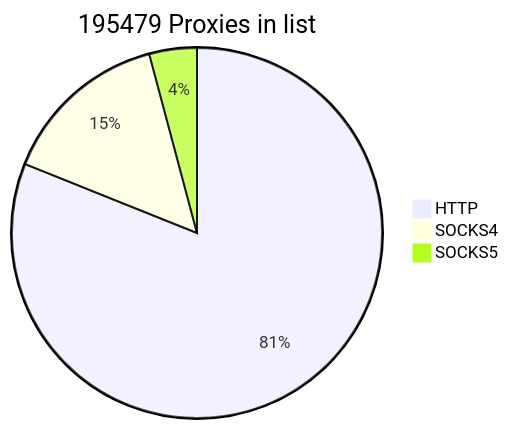
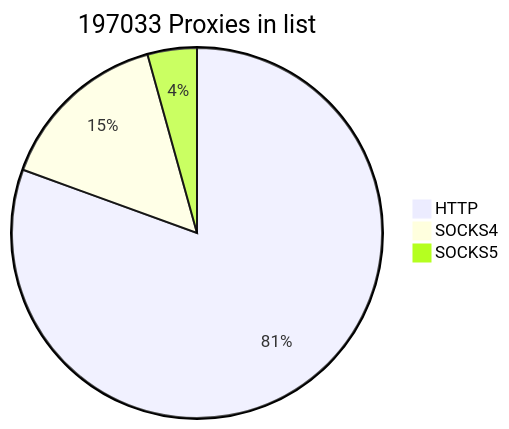
One commit to cutipu/proxylist changed the first of 2 diagrams in README.md. Above: the diagram before and after it, drawn with Mermaid. The commit also changed other lines of this file, not shown here.

````diff
--- a/README.md
+++ b/README.md
@@ -2,7 +2,7 @@
 ```mermaid
-pie title 195479 Proxies in list
-    "HTTP" : 158471
-    "SOCKS4" : 28892
-    "SOCKS5" : 8116
+pie title 197033 Proxies in list
+    "HTTP" : 158707
+    "SOCKS4" : 29842
+    "SOCKS5" : 8484
             
 ```
````
